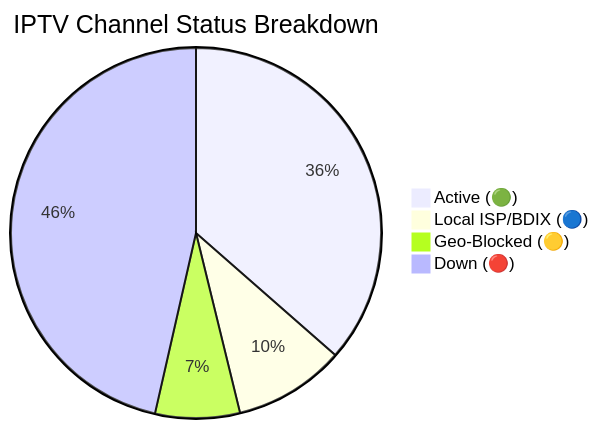
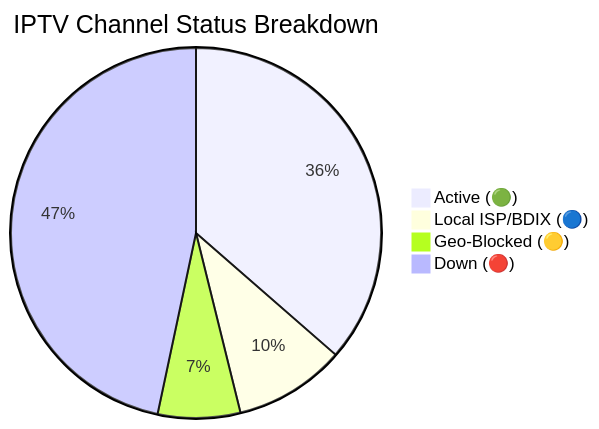
Before and after one commit to andreataylord/Ip-tv-Collection: the diagram in README.md, drawn with Mermaid. The commit also changed other lines of this file and 1 other file, not shown here.

Commit message:
docs(readme): auto-update daily channel status chart

````diff
--- a/README.md
+++ b/README.md
@@ -59,7 +59,7 @@
 ```mermaid
 pie title IPTV Channel Status Breakdown
-    "Active (🟢)" : 2883
+    "Active (🟢)" : 2880
     "Local ISP/BDIX (🔵)" : 769
-    "Geo-Blocked (🟡)" : 584
-    "Down (🔴)" : 3673
+    "Geo-Blocked (🟡)" : 569
+    "Down (🔴)" : 3691
 ```
````
